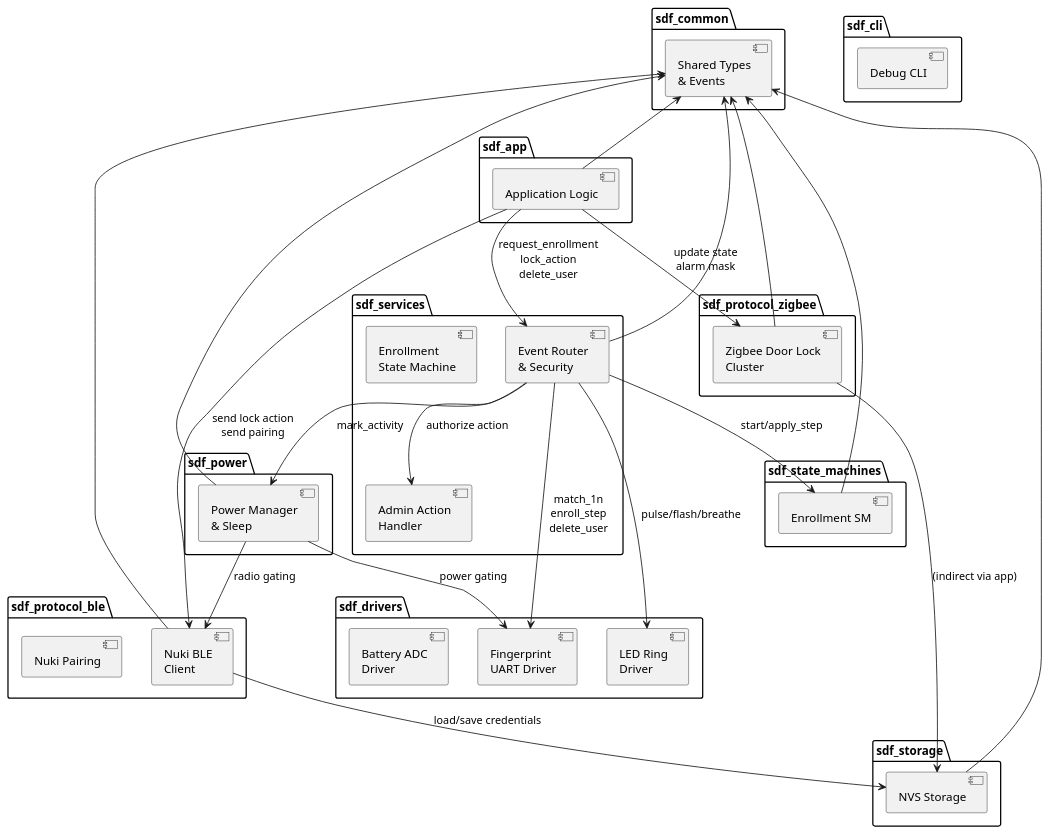
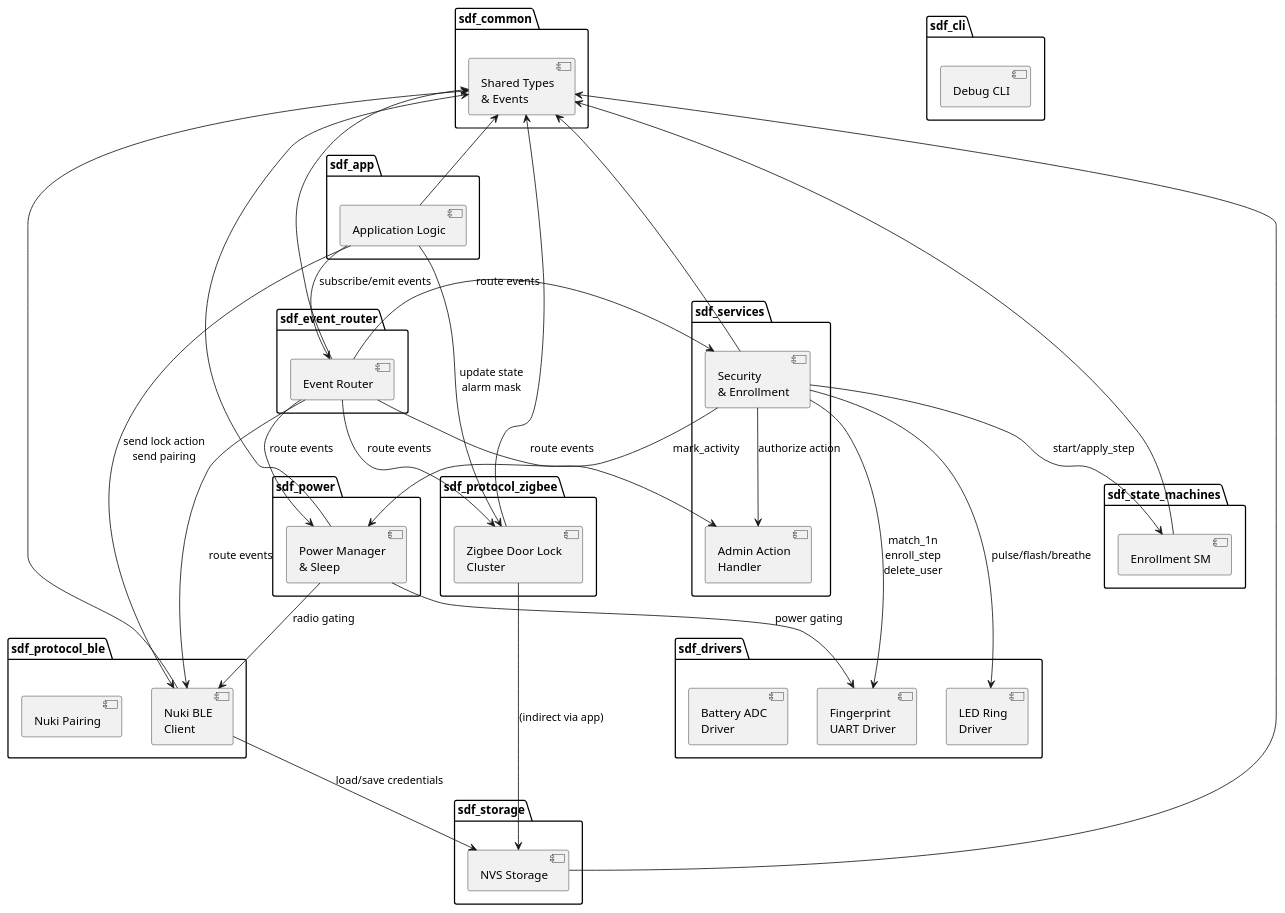
The third of 13 diagrams in doc/sdf_sas.md (thor-ro/finger_print), drawn with PlantUML before and after one commit. The commit also changed other lines of this file and 42 other files, not shown here.

````diff
--- a/doc/sdf_sas.md
+++ b/doc/sdf_sas.md
@@ -139,59 +139,67 @@
 ```plantuml
 @startuml
 package "sdf_app" {
   [Application Logic] as app
 }
 package "sdf_services" {
-  [Event Router\n& Security] as svc
-  [Enrollment\nState Machine] as enroll
+  [Security\n& Enrollment] as svc
   [Admin Action\nHandler] as admin
+}
+package "sdf_event_router" {
+  [Event Router] as evt
 }
 package "sdf_protocol_ble" {
   [Nuki BLE\nClient] as ble
   [Nuki Pairing] as pair
 }
 package "sdf_protocol_zigbee" {
   [Zigbee Door Lock\nCluster] as zb
 }
 package "sdf_drivers" {
   [Fingerprint\nUART Driver] as fp
   [LED Ring\nDriver] as led
   [Battery ADC\nDriver] as bat
 }
 package "sdf_state_machines" {
   [Enrollment SM] as sm
 }
 package "sdf_storage" {
   [NVS Storage] as nvs
 }
 package "sdf_power" {
   [Power Manager\n& Sleep] as pwr
 }
 package "sdf_common" {
   [Shared Types\n& Events] as common
 }
 package "sdf_cli" {
   [Debug CLI] as cli
 }
 
-app --> svc : request_enrollment\nlock_action\ndelete_user
+app --> evt : subscribe/emit events
 app --> ble : send lock action\nsend pairing
 app --> zb : update state\nalarm mask
+evt --> svc : route events
+evt --> admin : route events
+evt --> ble : route events
+evt --> zb : route events
+evt --> pwr : route events
 svc --> fp : match_1n\nenroll_step\ndelete_user
 svc --> led : pulse/flash/breathe
 svc --> sm : start/apply_step
 svc --> admin : authorize action
 svc --> pwr : mark_activity
 ble --> nvs : load/save credentials
 zb --> nvs : (indirect via app)
 pwr --> fp : power gating
 pwr --> ble : radio gating
 common <-- app
 common <-- svc
 common <-- ble
 common <-- zb
 common <-- sm
 common <-- nvs
 common <-- pwr
+common <-- evt
 @enduml
 ```
````
